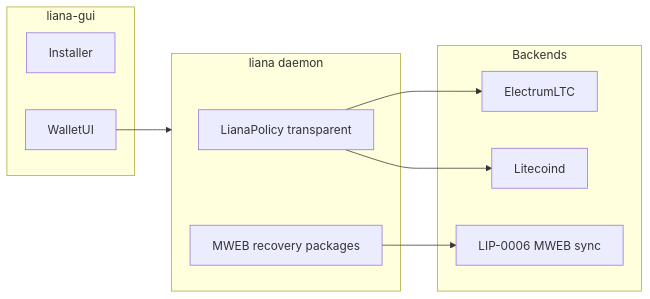
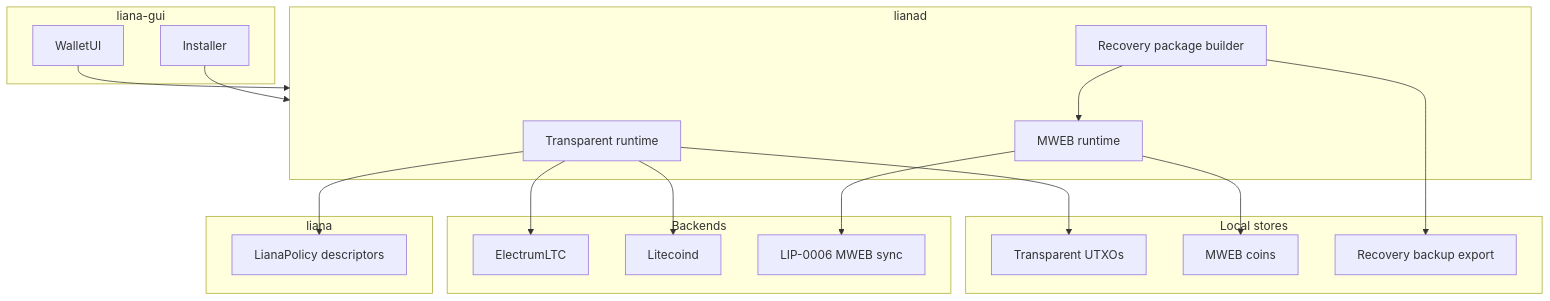
One commit to LitecoinDevKit/liana-ltc changed the diagram in docs/PLAN.md. Above: the diagram before and after it, drawn with Mermaid. The commit also changed other lines of this file and 5 other files, not shown here.

First line of the commit message:
Document target architecture and solo maintainer workflow.

````diff
--- a/docs/PLAN.md
+++ b/docs/PLAN.md
@@ -30,20 +72,35 @@
 ```mermaid
-flowchart LR
+flowchart TB
   subgraph ui [liana-gui]
     Installer
     WalletUI
   end
-  subgraph daemon [liana daemon]
-    Policy[LianaPolicy transparent]
-    MwebRec[MWEB recovery packages]
+  subgraph lib [liana]
+    Policy[LianaPolicy descriptors]
+  end
+  subgraph daemon [lianad]
+    TRun[Transparent runtime]
+    MRun[MWEB runtime]
+    RecPkg[Recovery package builder]
+    TRun --> Policy
+    RecPkg --> MRun
+  end
+  subgraph stores [Local stores]
+    TUtxo[Transparent UTXOs]
+    MCoins[MWEB coins]
+    Backup[Recovery backup export]
   end
   subgraph chain [Backends]
     ElectrumLTC
     Litecoind
     LIP[LIP-0006 MWEB sync]
   end
+  Installer --> daemon
   WalletUI --> daemon
-  Policy --> ElectrumLTC
-  Policy --> Litecoind
-  MwebRec --> LIP
+  TRun --> TUtxo
+  TRun --> ElectrumLTC
+  TRun --> Litecoind
+  MRun --> MCoins
+  MRun --> LIP
+  RecPkg --> Backup
 ```
````
